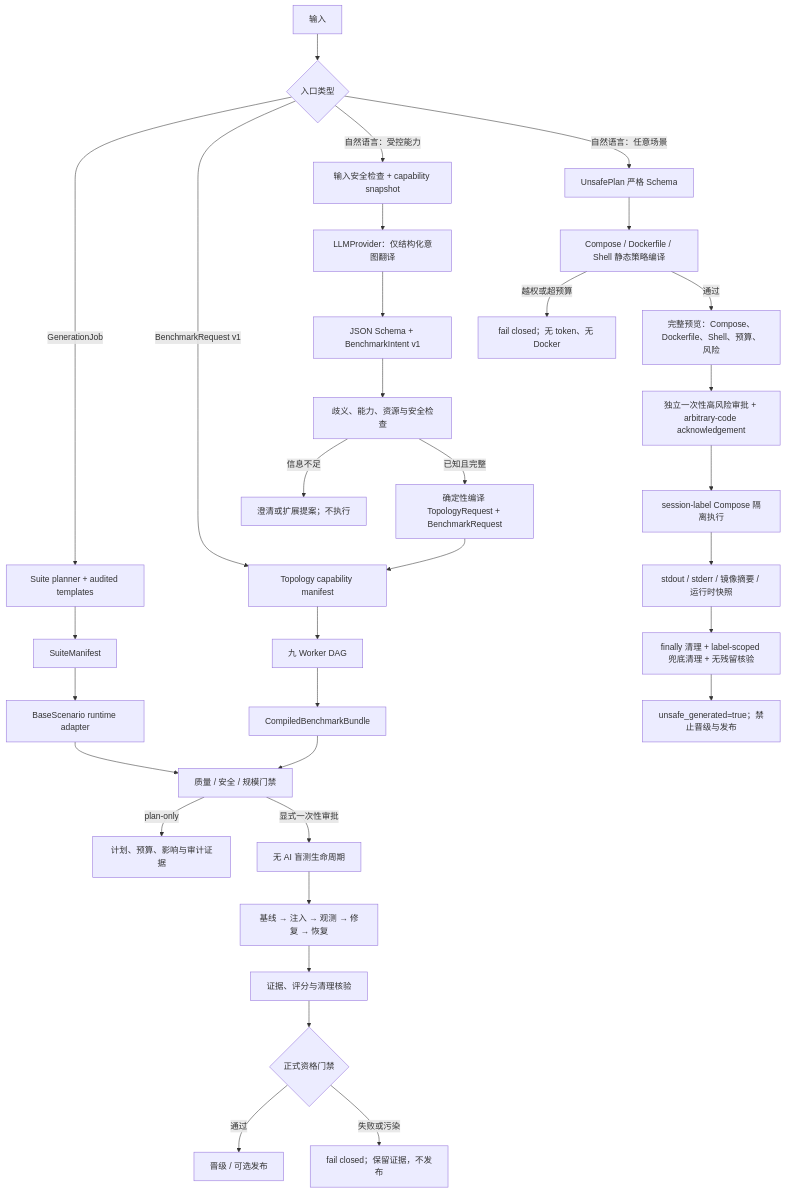
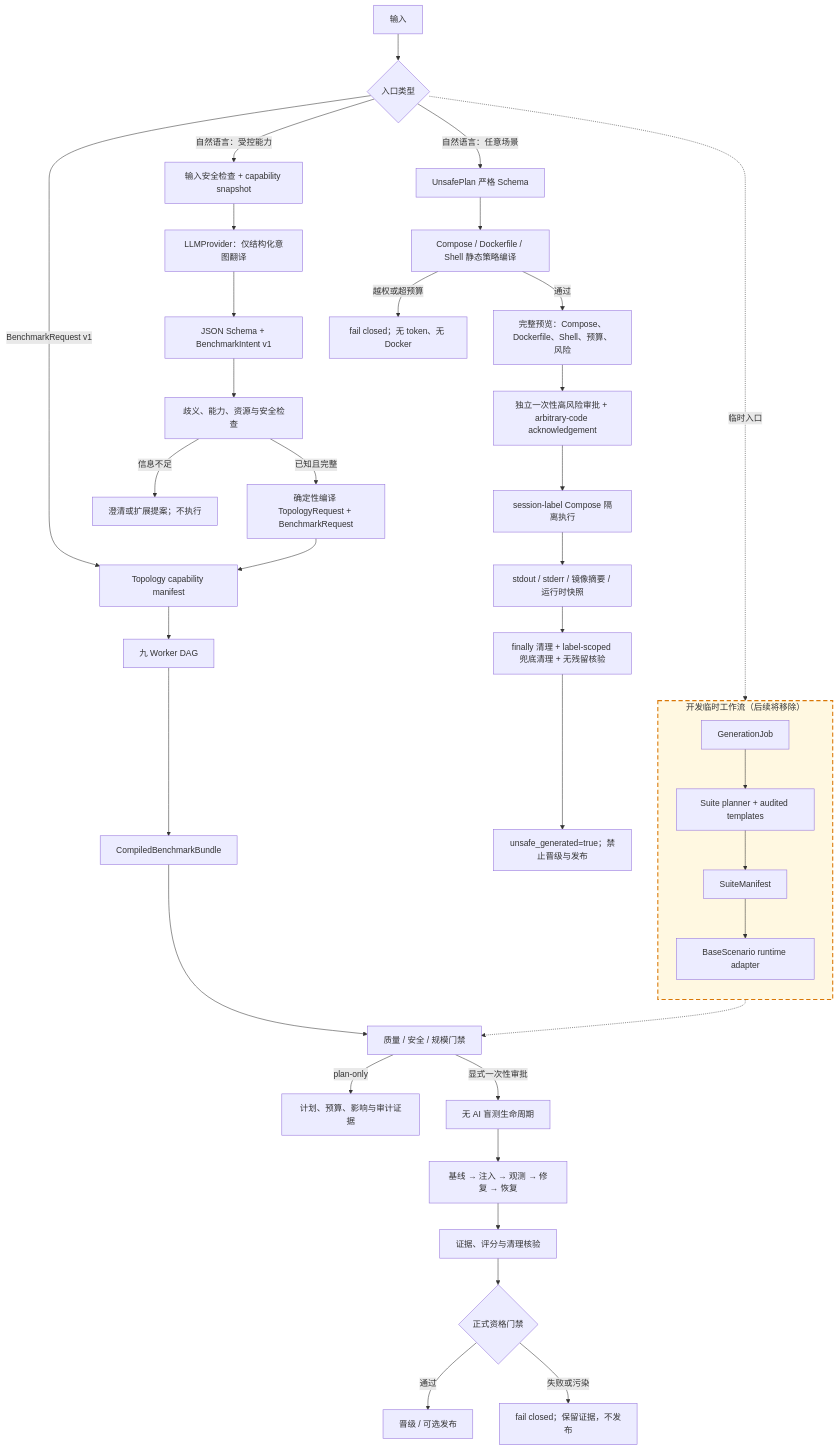
The diagram in benchmarks/generator/README.md (seed-labs/seed-emulator), drawn with Mermaid before and after one commit. The commit also changed other lines of this file, not shown here.

Commit message:
docs(generator): mark GenerationJob as temporary

````diff
--- a/benchmarks/generator/README.md
+++ b/benchmarks/generator/README.md
@@ -18,40 +18,45 @@
 ```mermaid
 flowchart TB
     A["输入"] --> B{"入口类型"}
 
-    B -->|"GenerationJob"| S1["Suite planner + audited templates"]
-    S1 --> S2["SuiteManifest"]
-    S2 --> S3["BaseScenario runtime adapter"]
+    subgraph TEMP["开发临时工作流（后续将移除）"]
+        direction TB
+        S1["GenerationJob"] --> S2["Suite planner + audited templates"]
+        S2 --> S3["SuiteManifest"]
+        S3 --> S4["BaseScenario runtime adapter"]
+    end
+    style TEMP fill:#fff8e1,stroke:#d97706,stroke-width:2px,stroke-dasharray:8 5
+    B -.->|"临时入口"| S1
 
     B -->|"BenchmarkRequest v1"| P1["Topology capability manifest"]
     P1 --> P2["九 Worker DAG"]
     P2 --> P3["CompiledBenchmarkBundle"]
 
     B -->|"自然语言：受控能力"| N1["输入安全检查 + capability snapshot"]
     N1 --> N2["LLMProvider：仅结构化意图翻译"]
     N2 --> N3["JSON Schema + BenchmarkIntent v1"]
     N3 --> N4["歧义、能力、资源与安全检查"]
     N4 -->|"信息不足"| NC["澄清或扩展提案；不执行"]
     N4 -->|"已知且完整"| N5["确定性编译 TopologyRequest + BenchmarkRequest"]
     N5 --> P1
 
     B -->|"自然语言：任意场景"| U1["UnsafePlan 严格 Schema"]
     U1 --> U2["Compose / Dockerfile / Shell 静态策略编译"]
     U2 -->|"越权或超预算"| UR["fail closed；无 token、无 Docker"]
     U2 -->|"通过"| U3["完整预览：Compose、Dockerfile、Shell、预算、风险"]
     U3 --> U4["独立一次性高风险审批 + arbitrary-code acknowledgement"]
     U4 --> U5["session-label Compose 隔离执行"]
     U5 --> U6["stdout / stderr / 镜像摘要 / 运行时快照"]
     U6 --> U7["finally 清理 + label-scoped 兜底清理 + 无残留核验"]
     U7 --> UX["unsafe_generated=true；禁止晋级与发布"]
 
     P3 --> G["质量 / 安全 / 规模门禁"]
-    S3 --> G
+    S4 -.-> G
     G -->|"plan-only"| PV["计划、预算、影响与审计证据"]
     G -->|"显式一次性审批"| L["无 AI 盲测生命周期"]
     L --> L1["基线 → 注入 → 观测 → 修复 → 恢复"]
     L1 --> E["证据、评分与清理核验"]
     E --> Q{"正式资格门禁"}
     Q -->|"通过"| PUB["晋级 / 可选发布"]
     Q -->|"失败或污染"| FAIL["fail closed；保留证据，不发布"]
 ```
````
